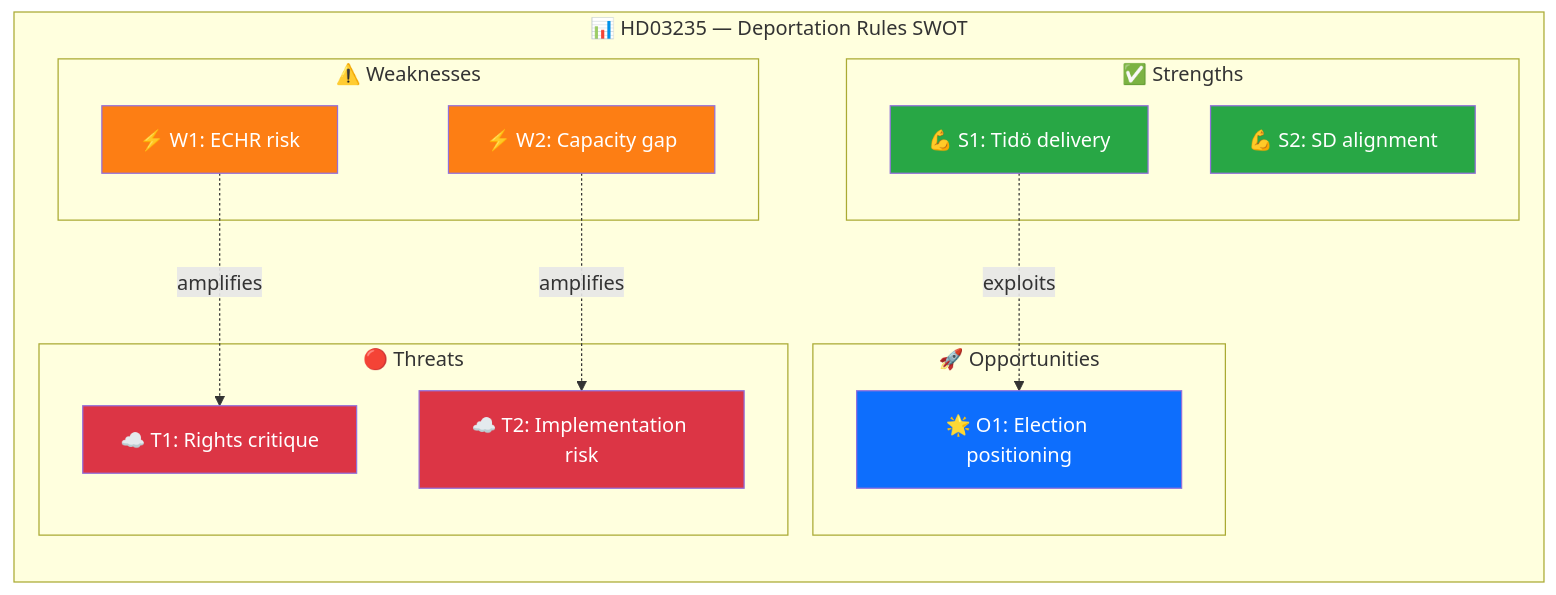
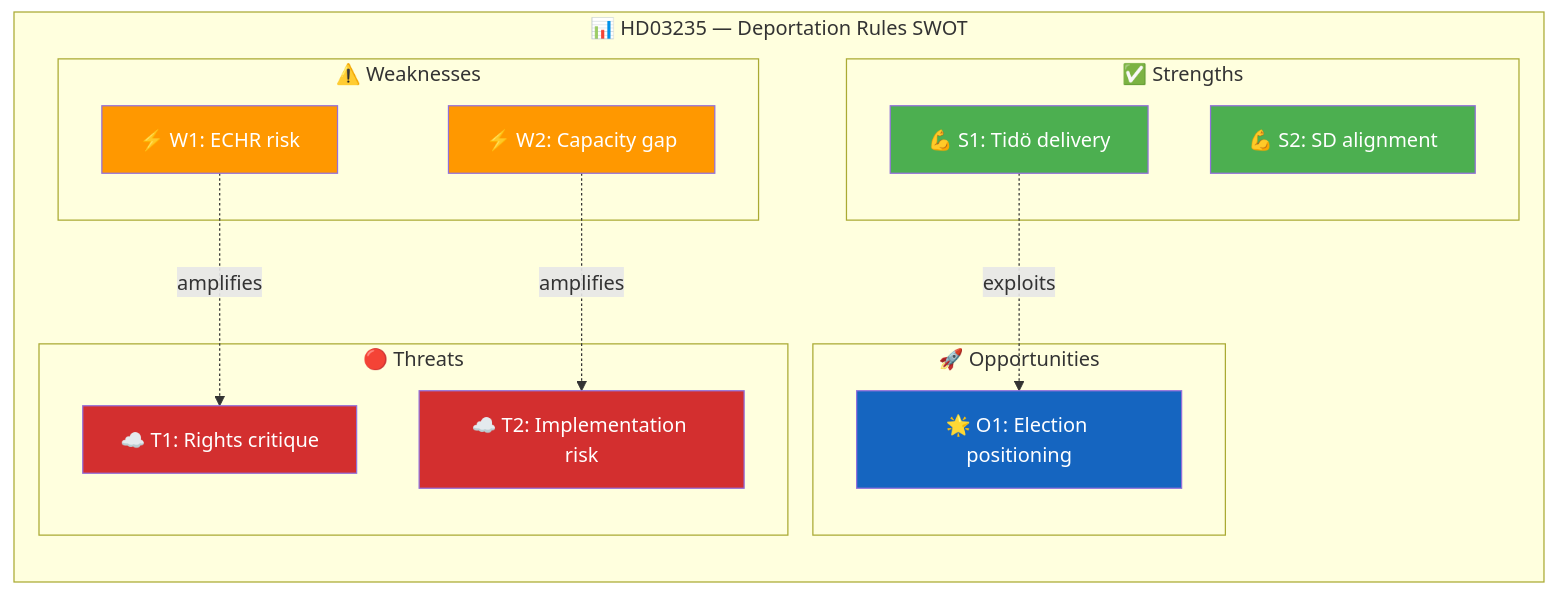
The diagram in analysis/daily/2026-04-05/realtime-1212/documents/HD03235-analysis.md (Hack23/riksdagsmonitor), drawn with Mermaid before and after one commit. The commit also changed 785 other files, not shown here.

First line of the commit message:
Normalize mermaid colors across 786 analysis artifacts to ISMS Style Guide palette

````diff
--- a/analysis/daily/2026-04-05/realtime-1212/documents/HD03235-analysis.md
+++ b/analysis/daily/2026-04-05/realtime-1212/documents/HD03235-analysis.md
@@ -63,33 +63,33 @@
 ```mermaid
 graph TD
     subgraph "📊 HD03235 — Deportation Rules SWOT"
         direction TB
         subgraph "✅ Strengths"
             S1N["💪 S1: Tidö delivery"]
             S2N["💪 S2: SD alignment"]
         end
         subgraph "⚠️ Weaknesses"
             W1N["⚡ W1: ECHR risk"]
             W2N["⚡ W2: Capacity gap"]
         end
         subgraph "🚀 Opportunities"
             O1N["🌟 O1: Election positioning"]
         end
         subgraph "🔴 Threats"
             T1N["☁️ T1: Rights critique"]
             T2N["☁️ T2: Implementation risk"]
         end
     end
 
     S1N -.->|"exploits"| O1N
     W1N -.->|"amplifies"| T1N
     W2N -.->|"amplifies"| T2N
 
-    style S1N fill:#28a745,color:#fff
-    style S2N fill:#28a745,color:#fff
-    style W1N fill:#fd7e14,color:#fff
-    style W2N fill:#fd7e14,color:#fff
-    style O1N fill:#0d6efd,color:#fff
-    style T1N fill:#dc3545,color:#fff
-    style T2N fill:#dc3545,color:#fff
+    style S1N fill:#4CAF50,color:#FFFFFF
+    style S2N fill:#4CAF50,color:#FFFFFF
+    style W1N fill:#FF9800,color:#FFFFFF
+    style W2N fill:#FF9800,color:#FFFFFF
+    style O1N fill:#1565C0,color:#FFFFFF
+    style T1N fill:#D32F2F,color:#FFFFFF
+    style T2N fill:#D32F2F,color:#FFFFFF
 ```
````
